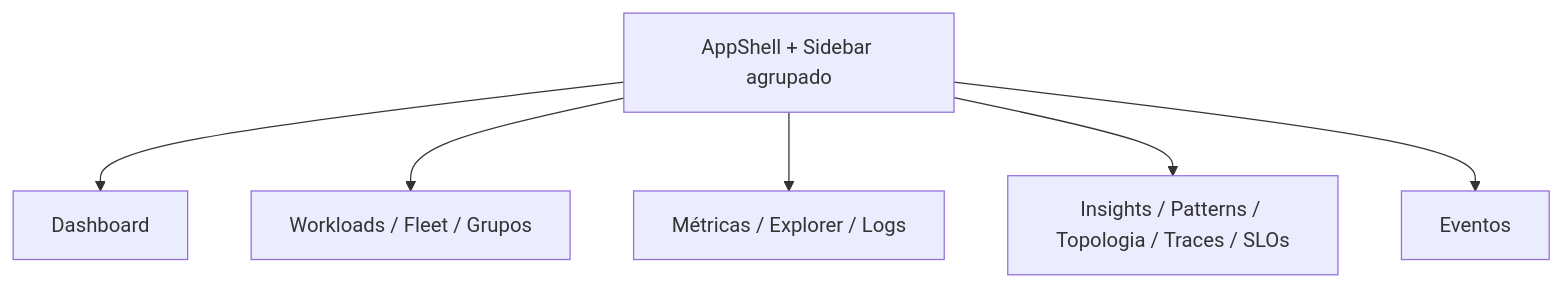
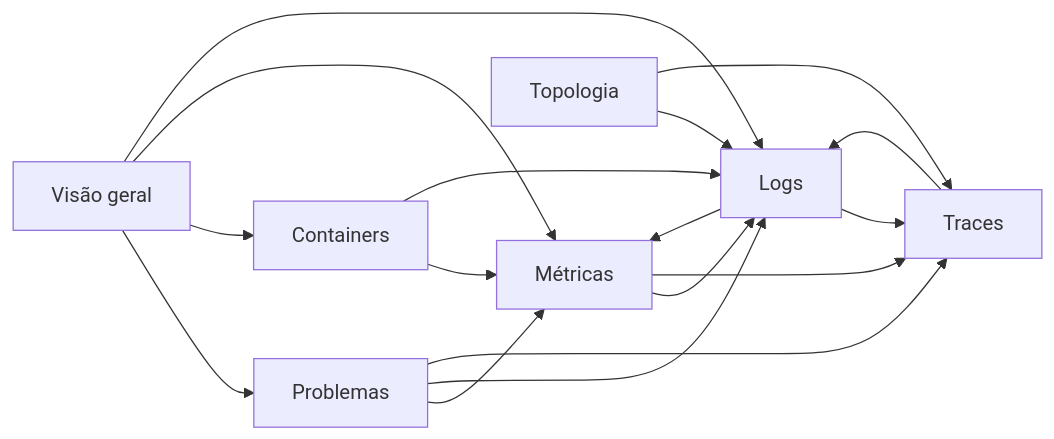
Before and after one commit to HarryRaddatz/argus-observability: the first of 2 diagrams in docs/flows/ui-panel.md, drawn with Mermaid. The commit also changed other lines of this file and 47 other files, not shown here.

````diff
--- a/docs/flows/ui-panel.md
+++ b/docs/flows/ui-panel.md
@@ -21,9 +51,19 @@
 ```mermaid
-flowchart TB
-  Shell[AppShell + Sidebar agrupado]
-  Shell --> Dashboard
-  Shell --> Infra[Workloads / Fleet / Grupos]
-  Shell --> Tel[Métricas / Explorer / Logs]
-  Shell --> Ana[Insights / Patterns / Topologia / Traces / SLOs]
-  Shell --> Events[Eventos]
+flowchart LR
+  Overview[Visão geral] --> Problems[Problemas]
+  Overview --> Containers
+  Overview --> Metrics[Métricas]
+  Overview --> Logs
+  Problems --> Metrics
+  Problems --> Logs
+  Problems --> Traces
+  Containers --> Metrics
+  Containers --> Logs
+  Metrics --> Logs
+  Metrics --> Traces
+  Logs --> Traces
+  Logs --> Metrics
+  Traces --> Logs
+  Topology[Topologia] --> Logs
+  Topology --> Traces
 ```
````
